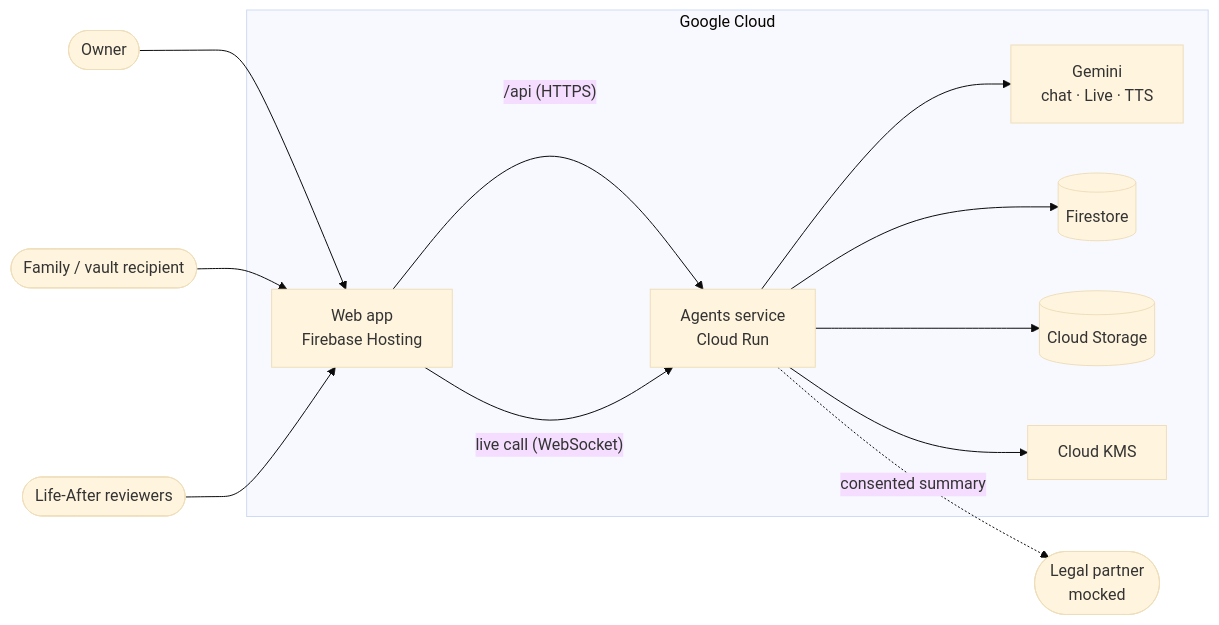
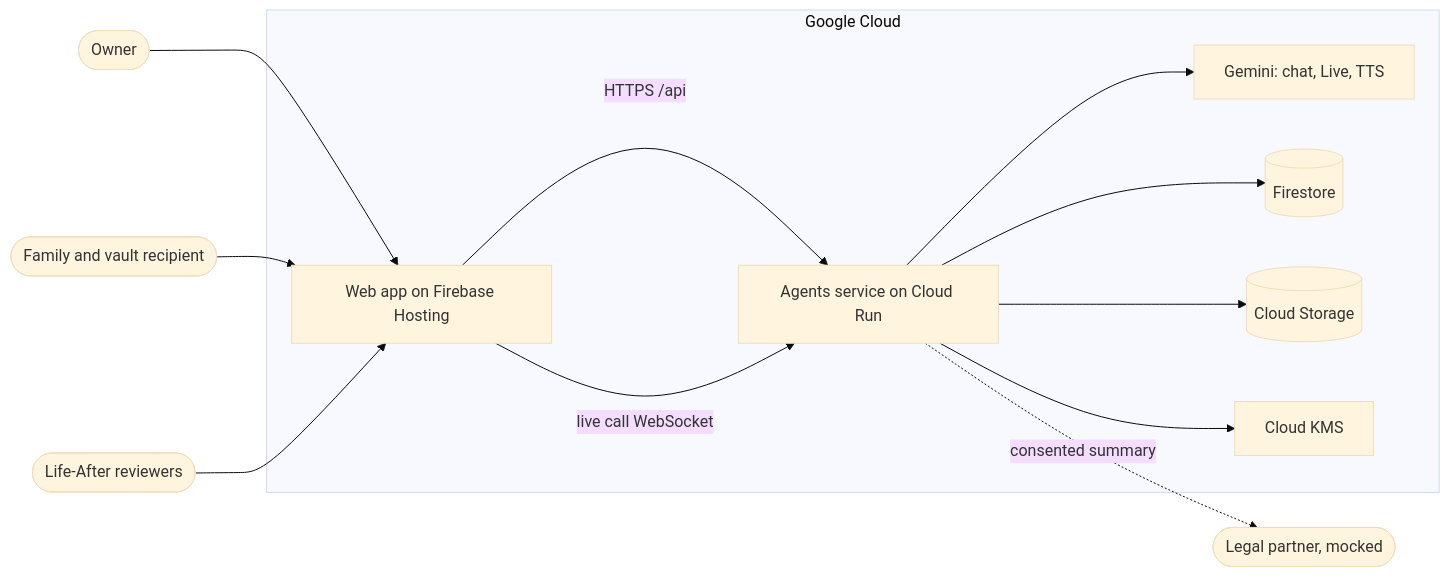
One commit to sachiachar/anvaya changed the first of 4 diagrams in docs/architecture.md. Above: the diagram before and after it, drawn with Mermaid (base theme). The commit also changed other lines of this file and 3 other files, not shown here.

First line of the commit message:
Deploy with GitHub Actions (only what changed); README with logo; fix diagrams

````diff
--- a/docs/architecture.md
+++ b/docs/architecture.md
@@ -25,15 +25,15 @@
 ```mermaid
 flowchart LR
-    Owner([Owner]) --> App
-    Family([Family / vault recipient]) --> App
-    Team([Life-After reviewers]) --> App
-    subgraph Google Cloud
-        App[Web app<br/>Firebase Hosting] -- "/api (HTTPS)" --> API[Agents service<br/>Cloud Run]
-        App -- "live call (WebSocket)" --> API
-        API --> Gemini[Gemini<br/>chat · Live · TTS]
-        API --> FS[(Firestore)]
-        API --> GCS[(Cloud Storage)]
-        API --> KMS[Cloud KMS]
+    owner(["Owner"]) --> app
+    family(["Family and vault recipient"]) --> app
+    team(["Life-After reviewers"]) --> app
+    subgraph gcp ["Google Cloud"]
+        app["Web app on Firebase Hosting"] -->|"HTTPS /api"| api["Agents service on Cloud Run"]
+        app -->|"live call WebSocket"| api
+        api --> gemini["Gemini: chat, Live, TTS"]
+        api --> fs[("Firestore")]
+        api --> gcs[("Cloud Storage")]
+        api --> kms["Cloud KMS"]
     end
-    API -. consented summary .-> Legal([Legal partner<br/>mocked])
+    api -.->|"consented summary"| legal(["Legal partner, mocked"])
 ```
````
